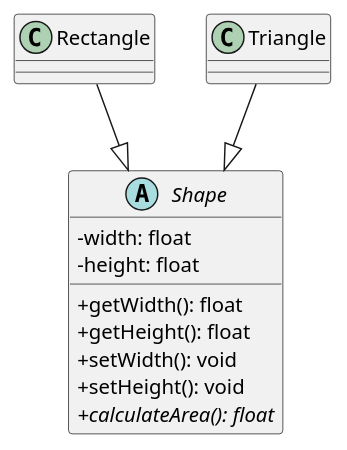
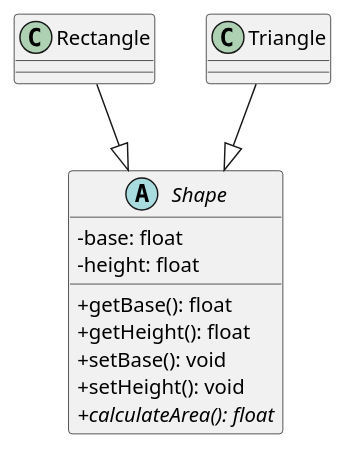
The diagram in nivell_1/exercici_2/diagram.puml (alangiralt-dot/tasca_s1_05), drawn with PlantUML before and after one commit. The commit also changed 4 other files, not shown here.

```diff
--- a/nivell_1/exercici_2/diagram.puml
+++ b/nivell_1/exercici_2/diagram.puml
@@ -1,16 +1,16 @@
 @startuml
 skinparam classAttributeIconSize 0
 abstract class Shape{
-    - width: float
+    - base: float
     - height: float
-    + getWidth(): float
+    + getBase(): float
     + getHeight(): float
-    + setWidth(): void
+    + setBase(): void
     + setHeight(): void
     + {abstract} calculateArea(): float
 }
 class Rectangle
 class Triangle
 Rectangle --|> Shape
 Triangle --|> Shape
 @enduml
```
